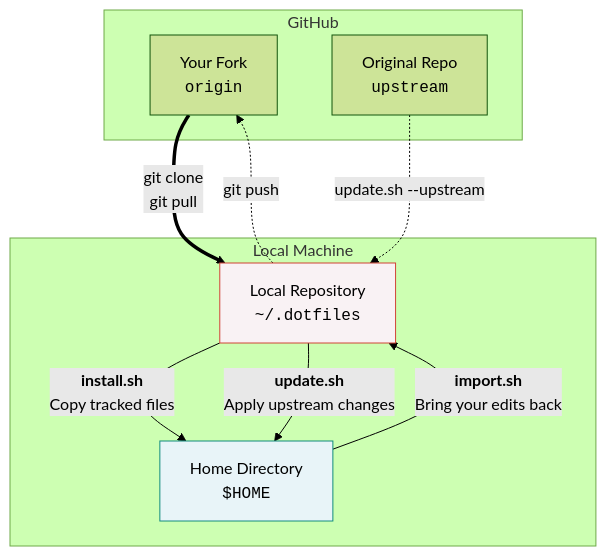
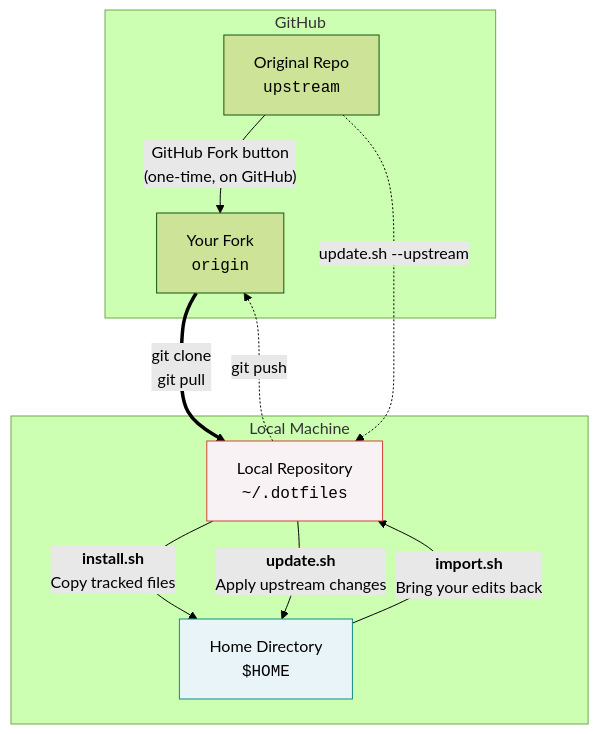
The diagram in README.md (yokarikeri/dotfiles), drawn with Mermaid (forest theme) before and after one commit.

Commit message:
readme: show GitHub fork relationship in architecture diagram
Claude-Session: https://claude.ai/code/session_01EMKYfD1Uca646dbyg9aUKC

````diff
--- a/README.md
+++ b/README.md
@@ -58,23 +58,25 @@
 ```mermaid
 graph TD
     subgraph Remote [GitHub]
         Origin[Your Fork<br><code>origin</code>]
         Upstream[Original Repo<br><code>upstream</code>]
+
+        Upstream -- "GitHub Fork button<br>(one-time, on GitHub)" --> Origin
     end
 
     subgraph Local [Local Machine]
         Repo[Local Repository<br><code>~/.dotfiles</code>]
         Home[Home Directory<br><code>$HOME</code>]
 
         Repo -- "<b>install.sh</b><br>Copy tracked files" --> Home
         Home -- "<b>import.sh</b><br>Bring your edits back" --> Repo
         Repo -- "<b>update.sh</b><br>Apply upstream changes" --> Home
     end
 
     Origin ==> |"git clone\ngit pull"| Repo
     Repo -. "git push" .-> Origin
     Upstream -. "update.sh --upstream" .-> Repo
 
     style Repo fill:#f9f2f4,stroke:#d04437
     style Home fill:#e8f4f8,stroke:#128c7e
 ```
````
